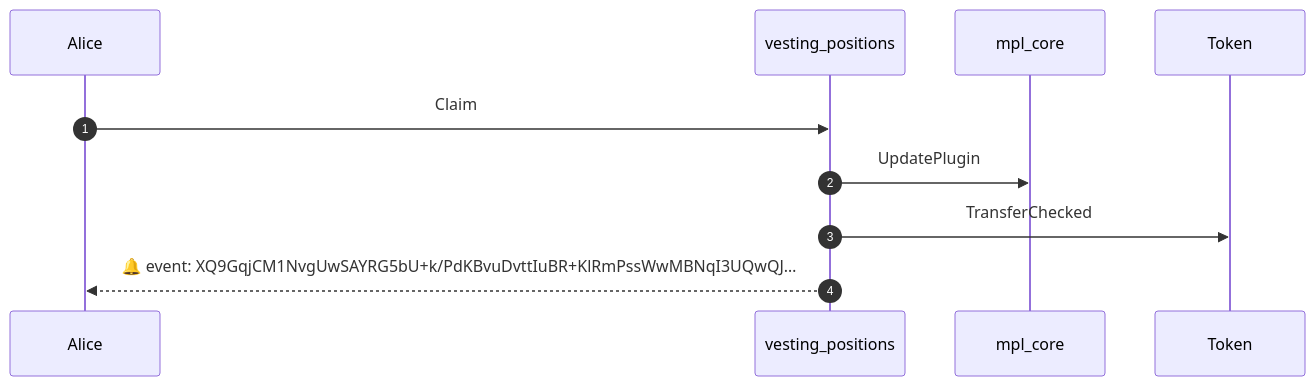
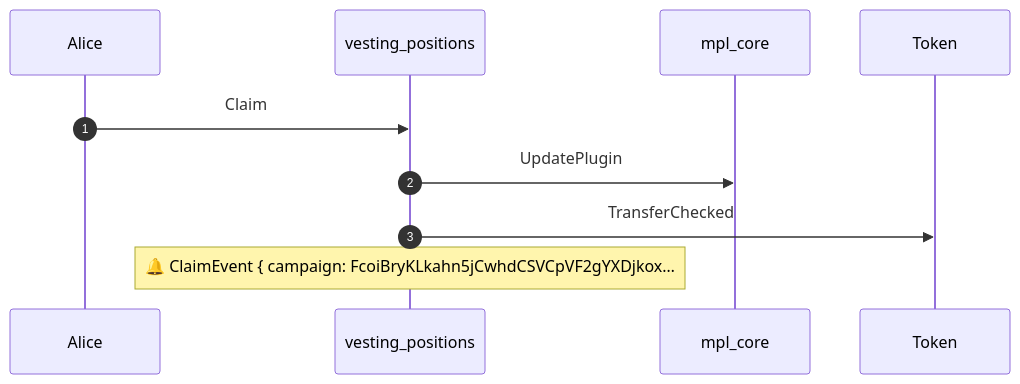
The second of 4 diagrams in md-reports/full-vesting-lifecycle.md (Canguilhem/Vesting-position), drawn with Mermaid before and after one commit. The commit also changed other lines of this file and 6 other files, not shown here.

````diff
--- a/md-reports/full-vesting-lifecycle.md
+++ b/md-reports/full-vesting-lifecycle.md
@@ -247,12 +271,12 @@
 ```mermaid
 sequenceDiagram
     autonumber
     participant Alice
     participant vesting_positions
     participant mpl_core
     participant Token
     Alice ->> vesting_positions: Claim
     vesting_positions ->> mpl_core: UpdatePlugin
     vesting_positions ->> Token: TransferChecked
-    vesting_positions -->> Alice: 🔔 event: XQ9GqjCM1NvgUwSAYRG5bU+k/PdKBvuDvttIuBR+KlRmPssWwMBNqI3UQwQJ…
+    note over vesting_positions: 🔔 ClaimEvent { campaign: FcoiBryKLkahn5jCwhdCSVCpVF2gYXDjkox…
 ```
````
